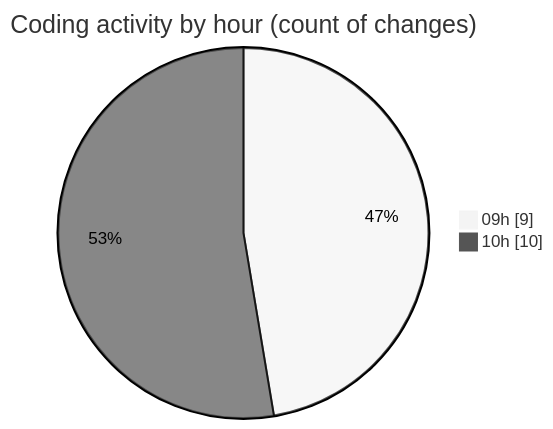
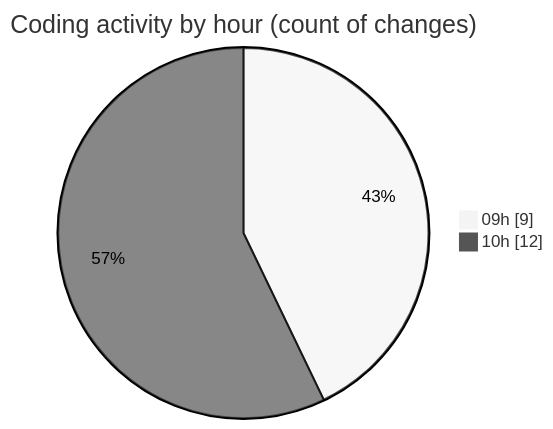
Before and after one commit to robertbonfada/code-tracking: the second of 2 diagrams in 2025-03-04/termonied_testador/README.md, drawn with Mermaid (neutral theme). The commit also changed other lines of this file and 1 other file, not shown here.

````diff
--- a/2025-03-04/termonied_testador/README.md
+++ b/2025-03-04/termonied_testador/README.md
@@ -29,6 +31,6 @@
 ```mermaid
 pie showData
 title Coding activity by hour (count of changes)
 "09h" : 9
-"10h" : 10
+"10h" : 12
 ```
````
